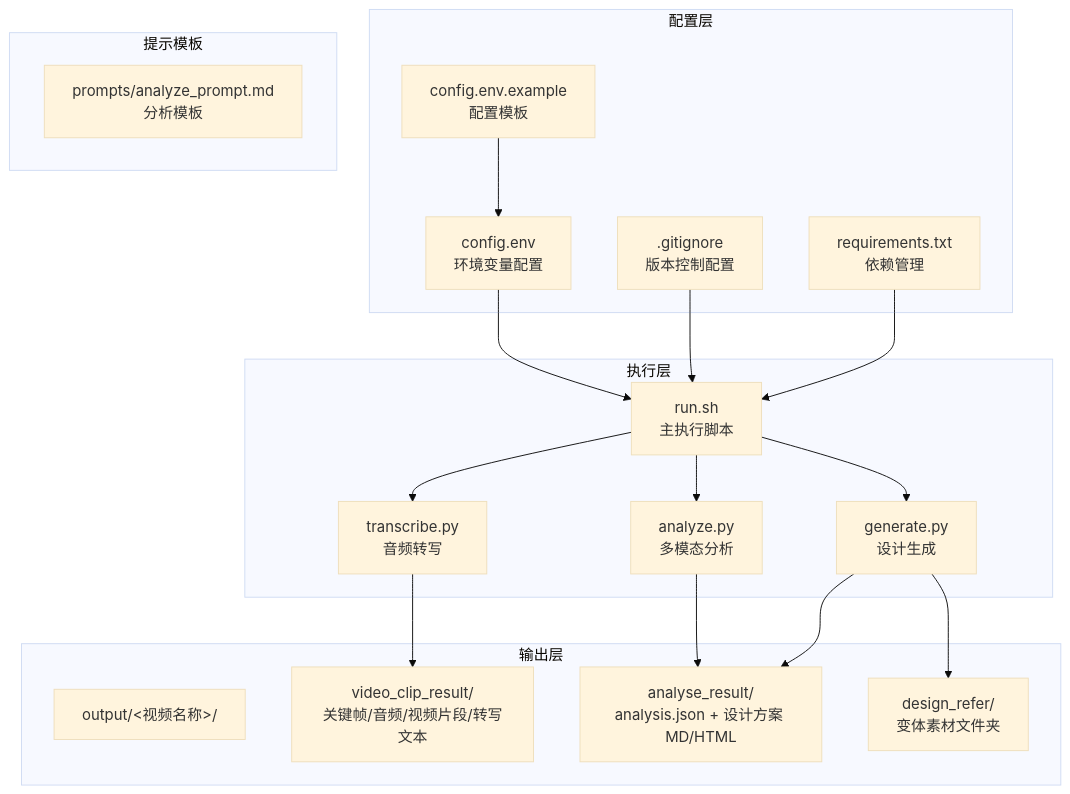
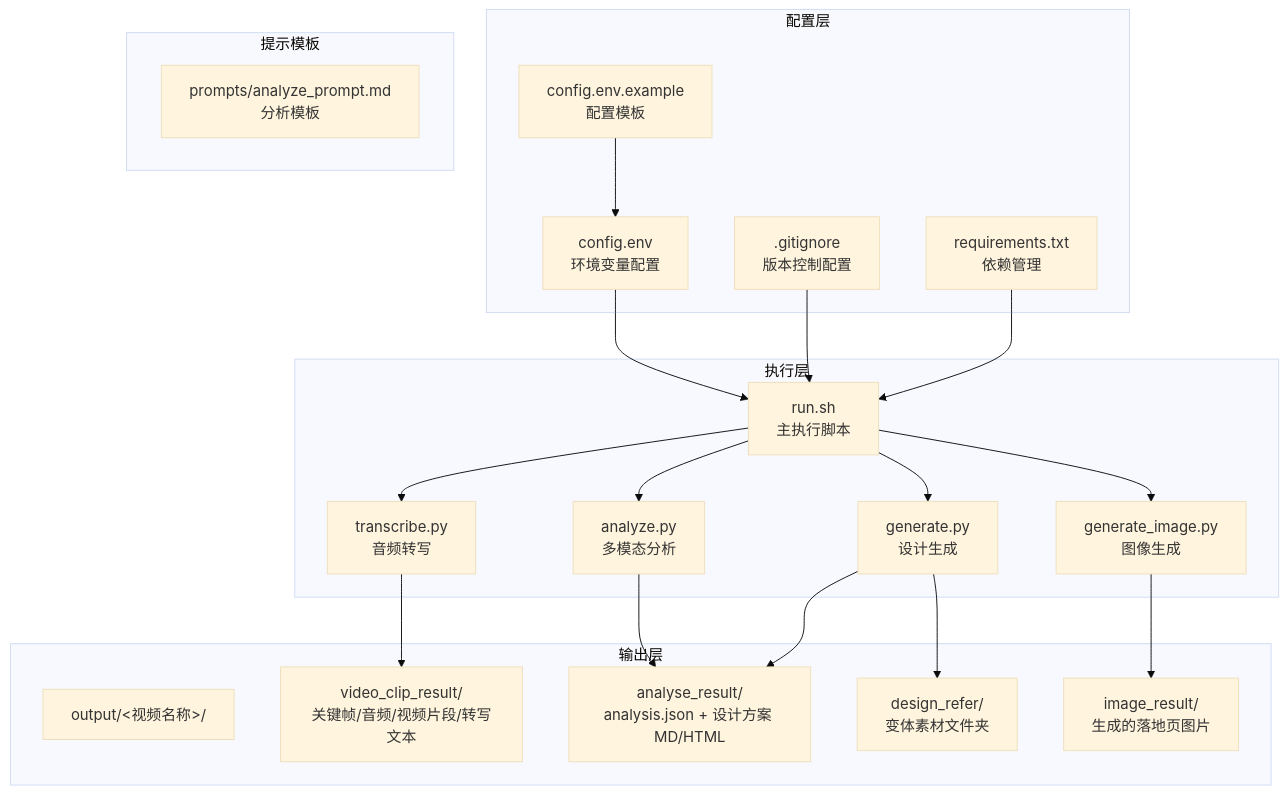
The first of 11 diagrams in .qoder/repowiki/zh/content/配置和定制/配置和定制.md (WongMingJiu/landingpage-test-hero-page), drawn with Mermaid (base theme) before and after one commit. The commit also changed other lines of this file and 6 other files, not shown here.

First line of the commit message:
feat: 品牌logo固定素材 + 双参考图生图 + 输出平铺结构

````diff
--- a/.qoder/repowiki/zh/content/配置和定制/配置和定制.md
+++ b/.qoder/repowiki/zh/content/配置和定制/配置和定制.md
@@ -50,35 +53,39 @@
 ```mermaid
 graph TB
 subgraph "配置层"
 ConfigEnv[config.env<br/>环境变量配置]
 ConfigExample[config.env.example<br/>配置模板]
 GitIgnore[.gitignore<br/>版本控制配置]
 Requirements[requirements.txt<br/>依赖管理]
 end
 subgraph "执行层"
 RunScript[run.sh<br/>主执行脚本]
 Transcribe[transcribe.py<br/>音频转写]
 Analyze[analyze.py<br/>多模态分析]
 Generate[generate.py<br/>设计生成]
+GenerateImage[generate_image.py<br/>图像生成]
 end
 subgraph "提示模板"
 AnalyzePrompt[prompts/analyze_prompt.md<br/>分析模板]
 end
 subgraph "输出层"
 OutputDir[output/<视频名称>/]
 VideoClip[video_clip_result/<br/>关键帧/音频/视频片段/转写文本]
 AnalyseResult[analyse_result/<br/>analysis.json + 设计方案 MD/HTML]
 DesignRefer[design_refer/<br/>变体素材文件夹]
+ImageResult[image_result/<br/>生成的落地页图片]
 end
 ConfigEnv --> RunScript
 ConfigExample --> ConfigEnv
 GitIgnore --> RunScript
 Requirements --> RunScript
 RunScript --> Transcribe
 RunScript --> Analyze
 RunScript --> Generate
+RunScript --> GenerateImage
 Transcribe --> VideoClip
 Analyze --> AnalyseResult
 Generate --> AnalyseResult
 Generate --> DesignRefer
+GenerateImage --> ImageResult
 ```
````
